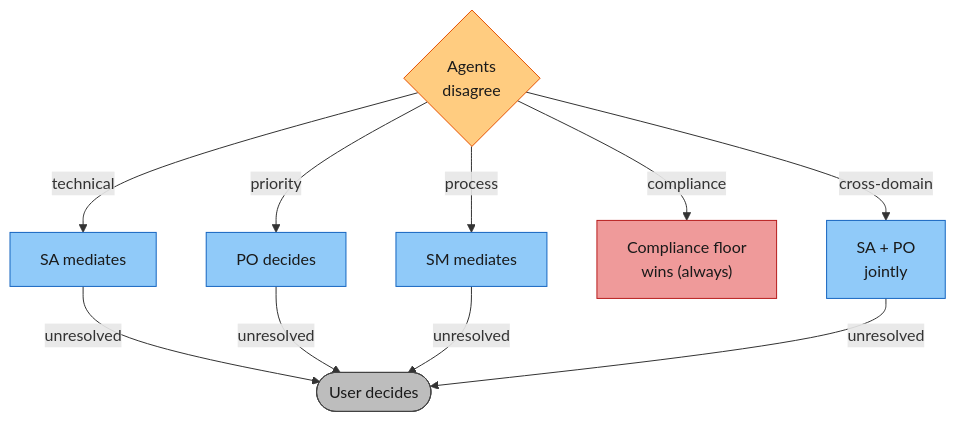
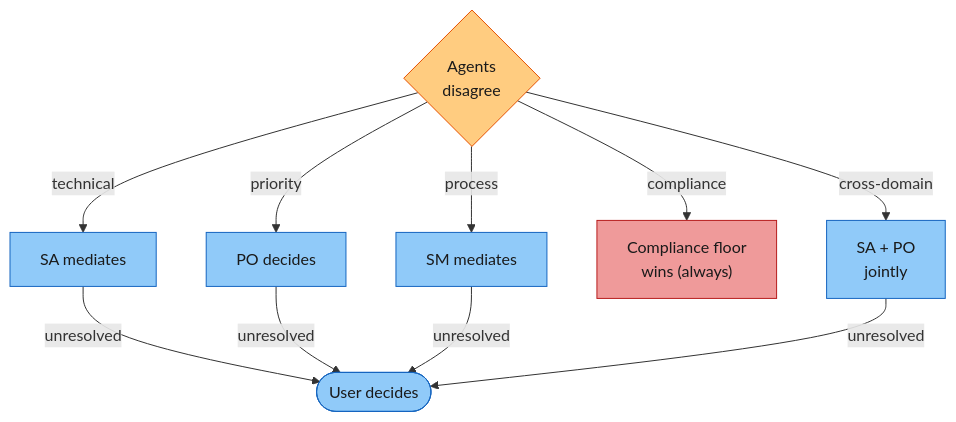
Diagram 20 of 23 in docs/COLLABORATION-MODEL.md (rdunie/venutian-antfarm), drawn with Mermaid before and after one commit. The commit also changed other lines of this file, not shown here.

Commit message:
docs: add governance diagrams, TOC, knowledge-ops rename, tier colors to COLLABORATION-MODEL

````diff
--- a/docs/COLLABORATION-MODEL.md
+++ b/docs/COLLABORATION-MODEL.md
@@ -590,21 +728,21 @@
 ```mermaid
 flowchart TD
     CONFLICT{"Agents\ndisagree"} -->|"technical"| SA["SA mediates"]
     CONFLICT -->|"priority"| PO["PO decides"]
     CONFLICT -->|"process"| SM["SM mediates"]
     CONFLICT -->|"compliance"| FLOOR["Compliance floor\nwins (always)"]
     CONFLICT -->|"cross-domain"| JOINT["SA + PO\njointly"]
 
     SA -->|"unresolved"| USER(["User decides"])
     PO -->|"unresolved"| USER
     SM -->|"unresolved"| USER
     JOINT -->|"unresolved"| USER
 
     style CONFLICT fill:#ffcc80,stroke:#e65100,color:#1a1a1a
     style SA fill:#90caf9,stroke:#1565c0,color:#1a1a1a
     style PO fill:#90caf9,stroke:#1565c0,color:#1a1a1a
     style SM fill:#90caf9,stroke:#1565c0,color:#1a1a1a
     style FLOOR fill:#ef9a9a,stroke:#b71c1c,color:#1a1a1a
     style JOINT fill:#90caf9,stroke:#1565c0,color:#1a1a1a
-    style USER fill:#bdbdbd,stroke:#424242,color:#1a1a1a
+    style USER fill:#90caf9,stroke:#1565c0,color:#1a1a1a
 ```
````
